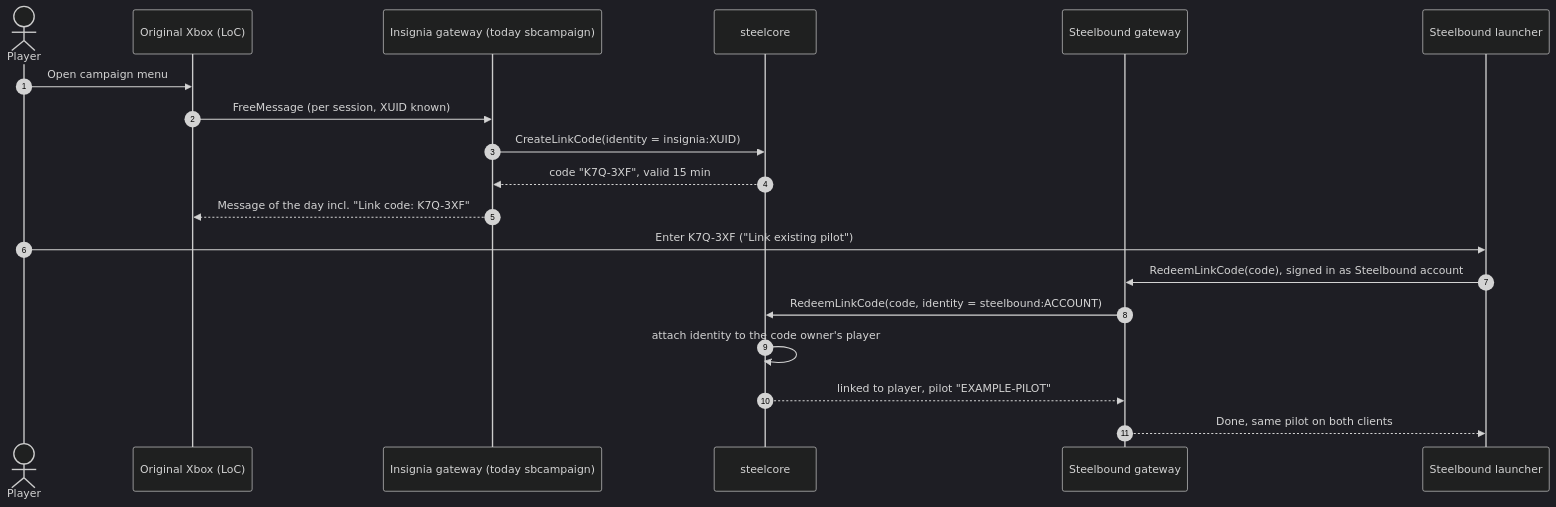
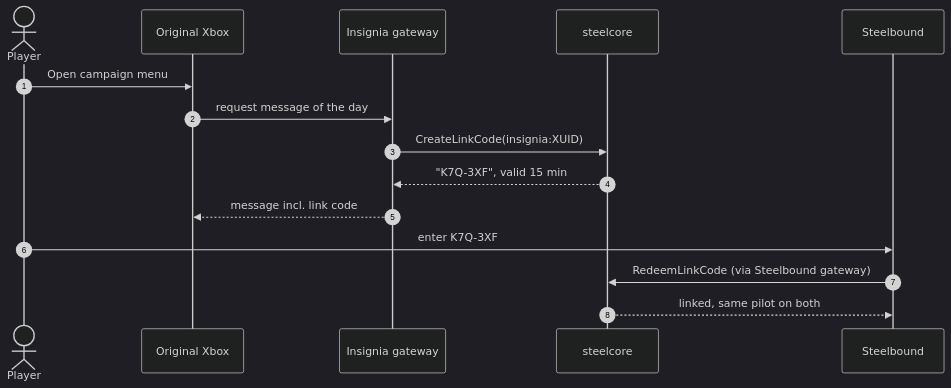
Before and after one commit to Greevee-Lab/steelcore: the third of 5 diagrams in docs/concept.md, drawn with Mermaid (dark theme). The commit also changed other lines of this file and 5 other files, not shown here.

````diff
--- a/docs/concept.md
+++ b/docs/concept.md
@@ -165,22 +159,18 @@
 ```mermaid
 sequenceDiagram
     autonumber
     actor P as Player
-    participant X as Original Xbox (LoC)
-    participant IG as Insignia gateway (today sbcampaign)
+    participant X as Original Xbox
+    participant IG as Insignia gateway
     participant C as steelcore
-    participant SG as Steelbound gateway
-    participant L as Steelbound launcher
+    participant L as Steelbound
 
     P->>X: Open campaign menu
-    X->>IG: FreeMessage (per session, XUID known)
-    IG->>C: CreateLinkCode(identity = insignia:XUID)
-    C-->>IG: code "K7Q-3XF", valid 15 min
-    IG-->>X: Message of the day incl. "Link code: K7Q-3XF"
-    P->>L: Enter K7Q-3XF ("Link existing pilot")
-    L->>SG: RedeemLinkCode(code), signed in as Steelbound account
-    SG->>C: RedeemLinkCode(code, identity = steelbound:ACCOUNT)
-    C->>C: attach identity to the code owner's player
-    C-->>SG: linked to player, pilot "EXAMPLE-PILOT"
-    SG-->>L: Done, same pilot on both clients
+    X->>IG: request message of the day
+    IG->>C: CreateLinkCode(insignia:XUID)
+    C-->>IG: "K7Q-3XF", valid 15 min
+    IG-->>X: message incl. link code
+    P->>L: enter K7Q-3XF
+    L->>C: RedeemLinkCode (via Steelbound gateway)
+    C-->>L: linked, same pilot on both
 ```
````
